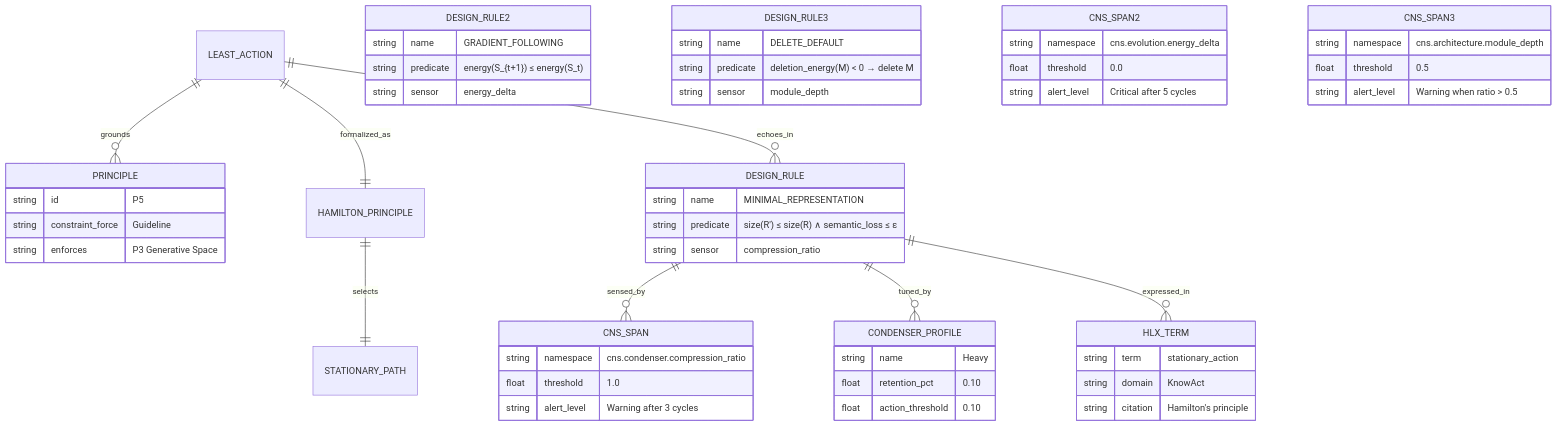
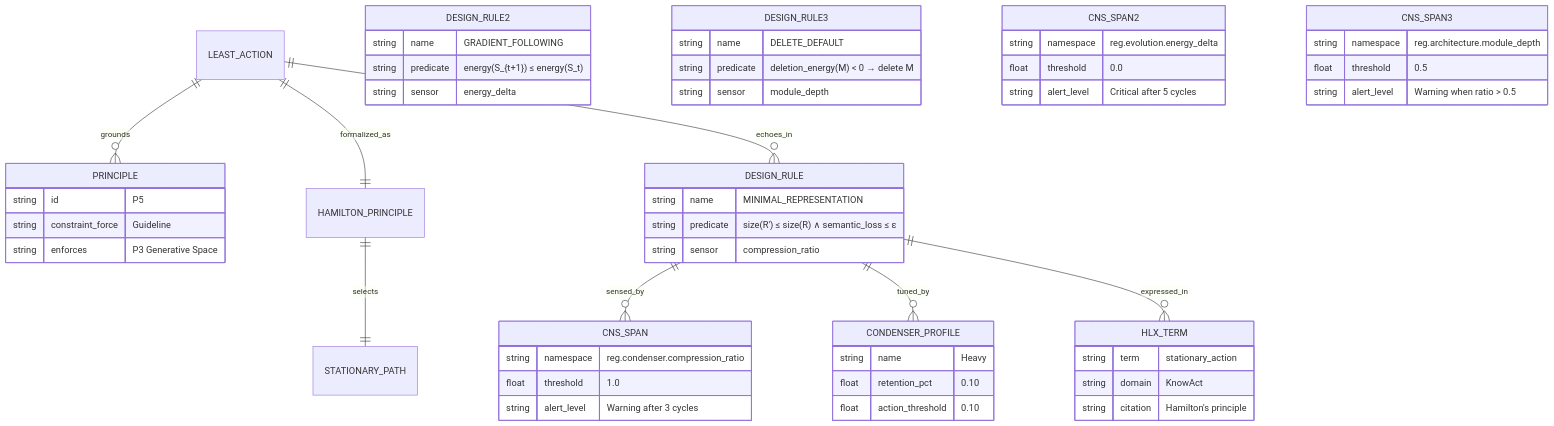
Before and after one commit to mdz-axo/hKask: the diagram in docs/research/lazy-universe-research.md, drawn with Mermaid. The commit also changed other lines of this file and 68 other files, not shown here.

````diff
--- a/docs/research/lazy-universe-research.md
+++ b/docs/research/lazy-universe-research.md
@@ -102,55 +102,55 @@
 ```mermaid
 erDiagram
     LEAST_ACTION ||--o{ PRINCIPLE : grounds
     LEAST_ACTION ||--|| HAMILTON_PRINCIPLE : formalized_as
     HAMILTON_PRINCIPLE ||--|| STATIONARY_PATH : selects
     LEAST_ACTION ||--o{ DESIGN_RULE : echoes_in
     DESIGN_RULE ||--o{ CNS_SPAN : sensed_by
     DESIGN_RULE ||--o{ CONDENSER_PROFILE : tuned_by
     DESIGN_RULE ||--o{ HLX_TERM : expressed_in
     PRINCIPLE {
         string id "P5"
         string constraint_force "Guideline"
         string enforces "P3 Generative Space"
     }
     DESIGN_RULE {
         string name "MINIMAL_REPRESENTATION"
         string predicate "size(R') ≤ size(R) ∧ semantic_loss ≤ ε"
         string sensor "compression_ratio"
     }
     DESIGN_RULE2 {
         string name "GRADIENT_FOLLOWING"
         string predicate "energy(S_{t+1}) ≤ energy(S_t)"
         string sensor "energy_delta"
     }
     DESIGN_RULE3 {
         string name "DELETE_DEFAULT"
         string predicate "deletion_energy(M) < 0 → delete M"
         string sensor "module_depth"
     }
     CNS_SPAN {
-        string namespace "cns.condenser.compression_ratio"
+        string namespace "reg.condenser.compression_ratio"
         float threshold "1.0"
         string alert_level "Warning after 3 cycles"
     }
     CNS_SPAN2 {
-        string namespace "cns.evolution.energy_delta"
+        string namespace "reg.evolution.energy_delta"
         float threshold "0.0"
         string alert_level "Critical after 5 cycles"
     }
     CNS_SPAN3 {
-        string namespace "cns.architecture.module_depth"
+        string namespace "reg.architecture.module_depth"
         float threshold "0.5"
         string alert_level "Warning when ratio > 0.5"
     }
     CONDENSER_PROFILE {
         string name "Heavy"
         float retention_pct "0.10"
         float action_threshold "0.10"
     }
     HLX_TERM {
         string term "stationary_action"
         string domain "KnowAct"
         string citation "Hamilton's principle"
     }
 ```
````
